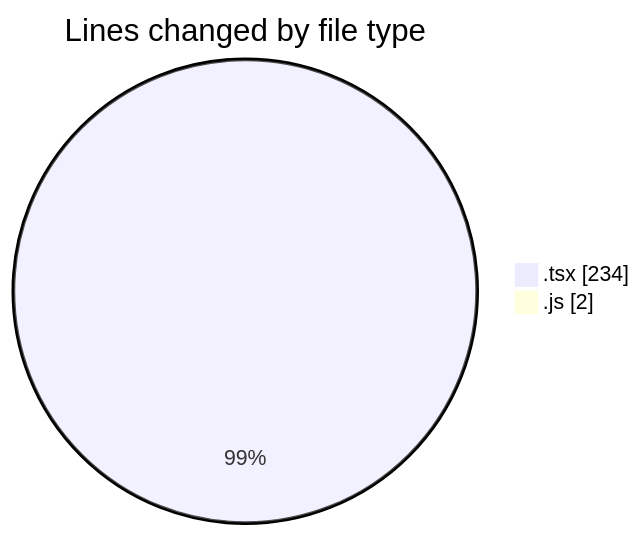
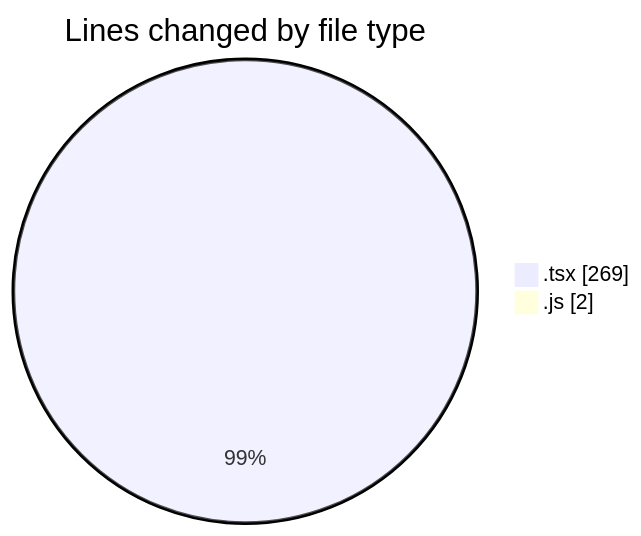
Before and after one commit to momahboobian/code-tracking: the first of 2 diagrams in 2026-05-15/cda/README.md, drawn with Mermaid. The commit also changed other lines of this file and 1 other file, not shown here.

````diff
--- a/2026-05-15/cda/README.md
+++ b/2026-05-15/cda/README.md
@@ -24,6 +24,6 @@
 ```mermaid
 pie showData
 title Lines changed by file type
-".tsx" : 234
+".tsx" : 269
 ".js" : 2
 ```
````
